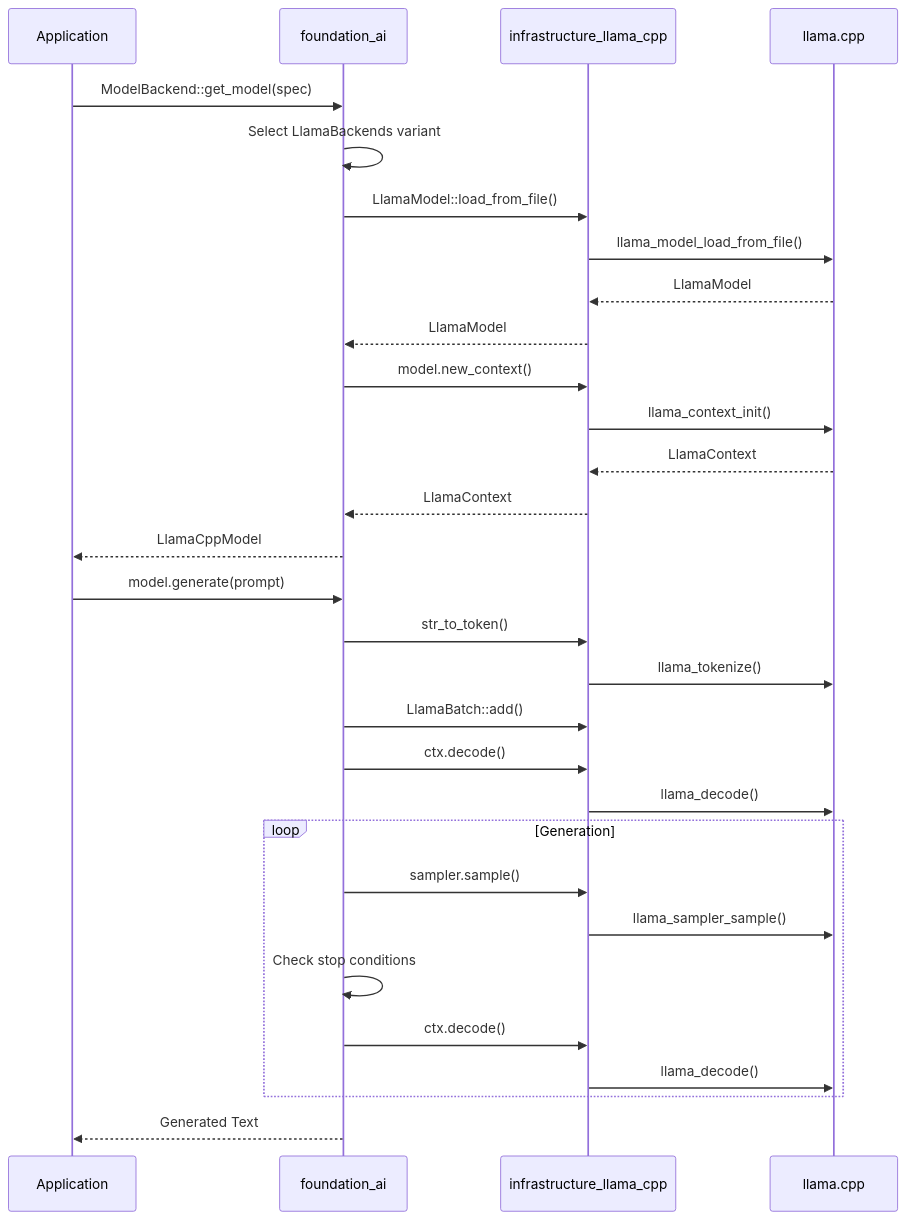
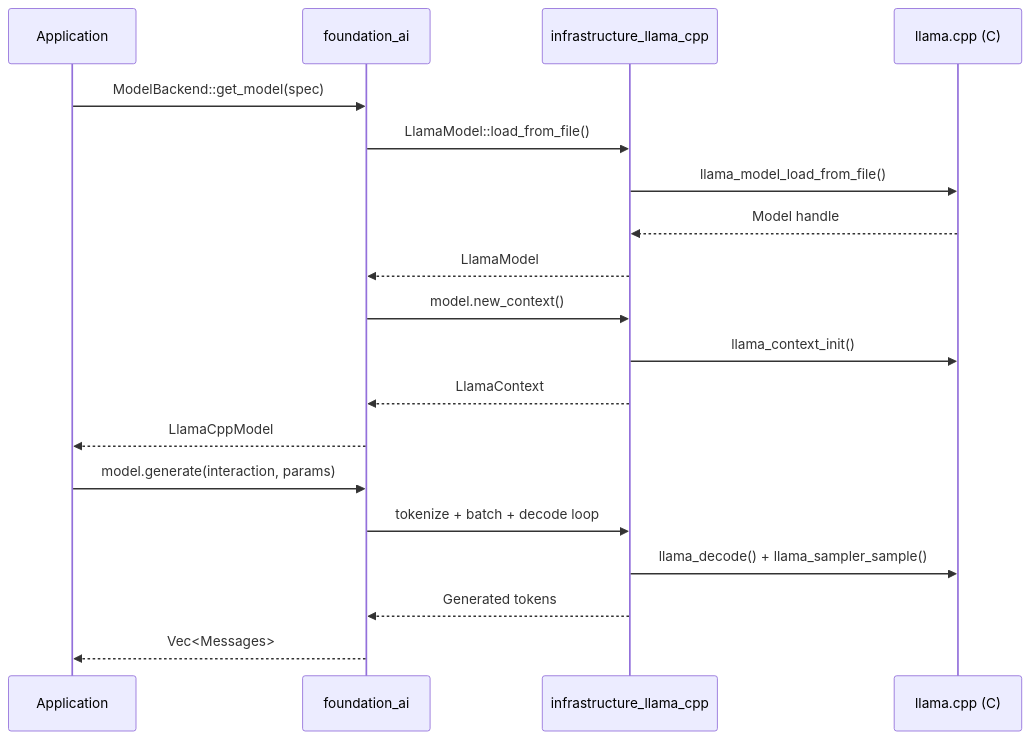
Before and after one commit to ewe-studios/ewe_platform: the second of 2 diagrams in specifications/07-foundation-ai/requirements.md, drawn with Mermaid. The commit also changed other lines of this file and 11 other files, not shown here.

````diff
--- a/specifications/07-foundation-ai/requirements.md
+++ b/specifications/07-foundation-ai/requirements.md
@@ -133,34 +123,23 @@
 ```mermaid
 sequenceDiagram
     participant App as Application
     participant FA as foundation_ai
     participant IL as infrastructure_llama_cpp
-    participant LC as llama.cpp
+    participant LC as llama.cpp (C)
 
     App->>FA: ModelBackend::get_model(spec)
-    FA->>FA: Select LlamaBackends variant
     FA->>IL: LlamaModel::load_from_file()
     IL->>LC: llama_model_load_from_file()
-    LC-->>IL: LlamaModel
+    LC-->>IL: Model handle
     IL-->>FA: LlamaModel
     FA->>IL: model.new_context()
     IL->>LC: llama_context_init()
-    LC-->>IL: LlamaContext
     IL-->>FA: LlamaContext
     FA-->>App: LlamaCppModel
 
-    App->>FA: model.generate(prompt)
-    FA->>IL: str_to_token()
-    IL->>LC: llama_tokenize()
-    FA->>IL: LlamaBatch::add()
-    FA->>IL: ctx.decode()
-    IL->>LC: llama_decode()
-    loop Generation
-        FA->>IL: sampler.sample()
-        IL->>LC: llama_sampler_sample()
-        FA->>FA: Check stop conditions
-        FA->>IL: ctx.decode()
-        IL->>LC: llama_decode()
-    end
-    FA-->>App: Generated Text
+    App->>FA: model.generate(interaction, params)
+    FA->>IL: tokenize + batch + decode loop
+    IL->>LC: llama_decode() + llama_sampler_sample()
+    IL-->>FA: Generated tokens
+    FA-->>App: Vec<Messages>
 ```
````
